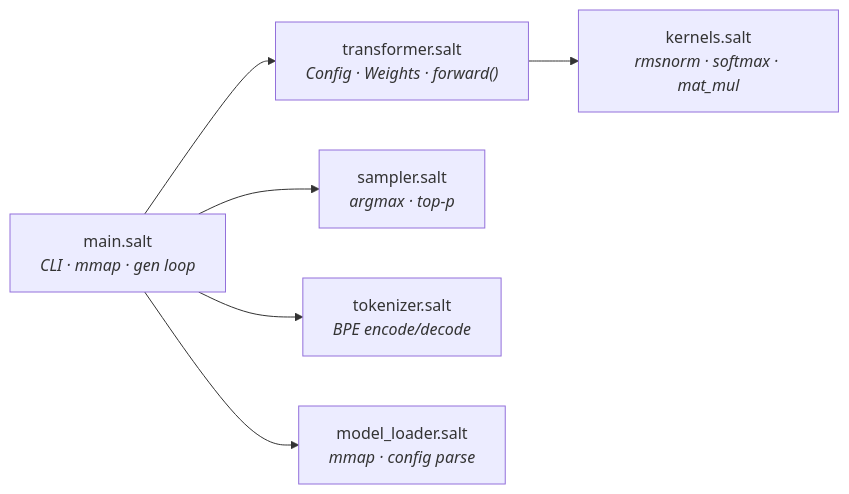
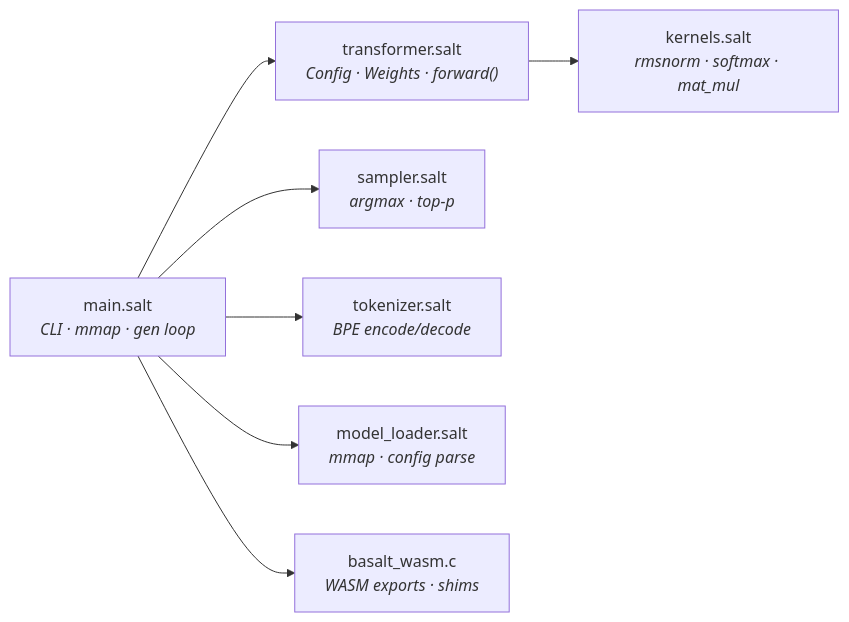
Before and after one commit to PropertySightlines/lattice-lettuce-fix: the first of 4 diagrams in basalt/README.md, drawn with Mermaid. The commit also changed other lines of this file and 13 other files, not shown here.

First line of the commit message:
v0.4.1: Fix compiler limitations, refactor Basalt WASM

````diff
--- a/basalt/README.md
+++ b/basalt/README.md
@@ -91,8 +91,9 @@
 ```mermaid
 graph LR
     A["main.salt<br/><i>CLI · mmap · gen loop</i>"] --> B["transformer.salt<br/><i>Config · Weights · forward()</i>"]
     B --> C["kernels.salt<br/><i>rmsnorm · softmax · mat_mul</i>"]
     A --> D["sampler.salt<br/><i>argmax · top-p</i>"]
     A --> E["tokenizer.salt<br/><i>BPE encode/decode</i>"]
     A --> F["model_loader.salt<br/><i>mmap · config parse</i>"]
+    A --> G["basalt_wasm.c<br/><i>WASM exports · shims</i>"]
 ```
````
